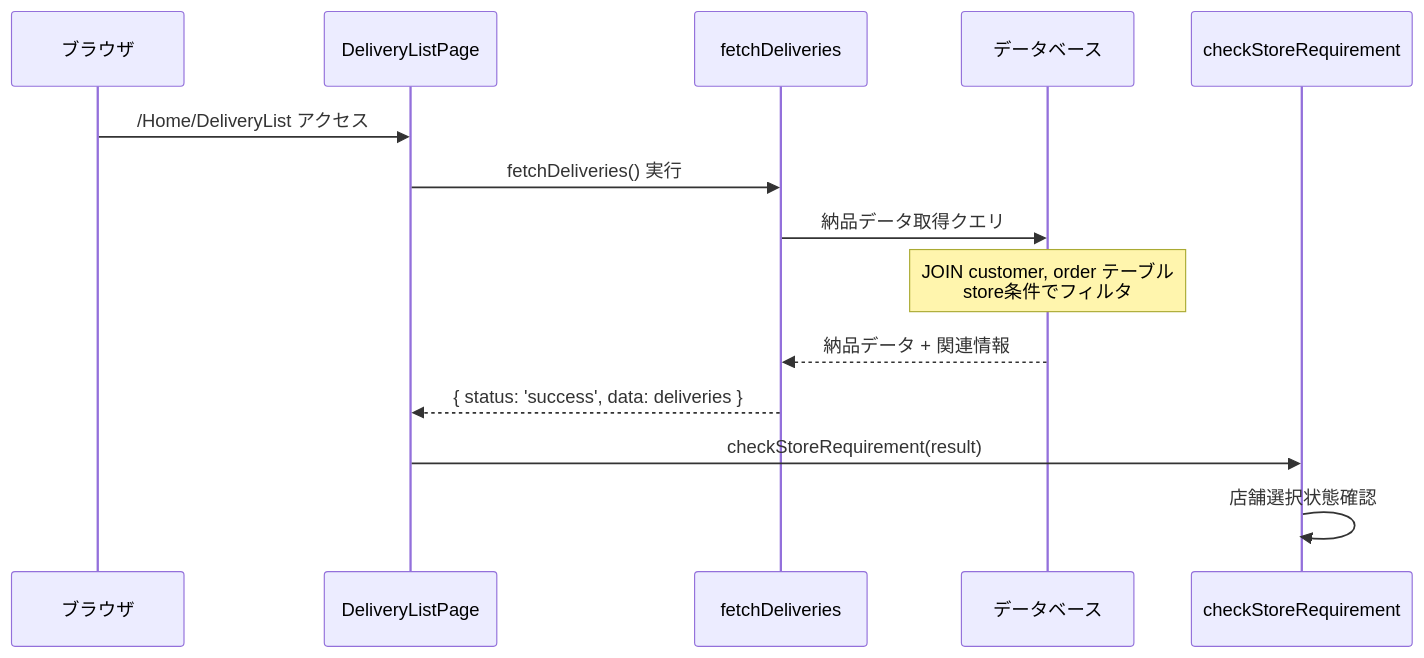
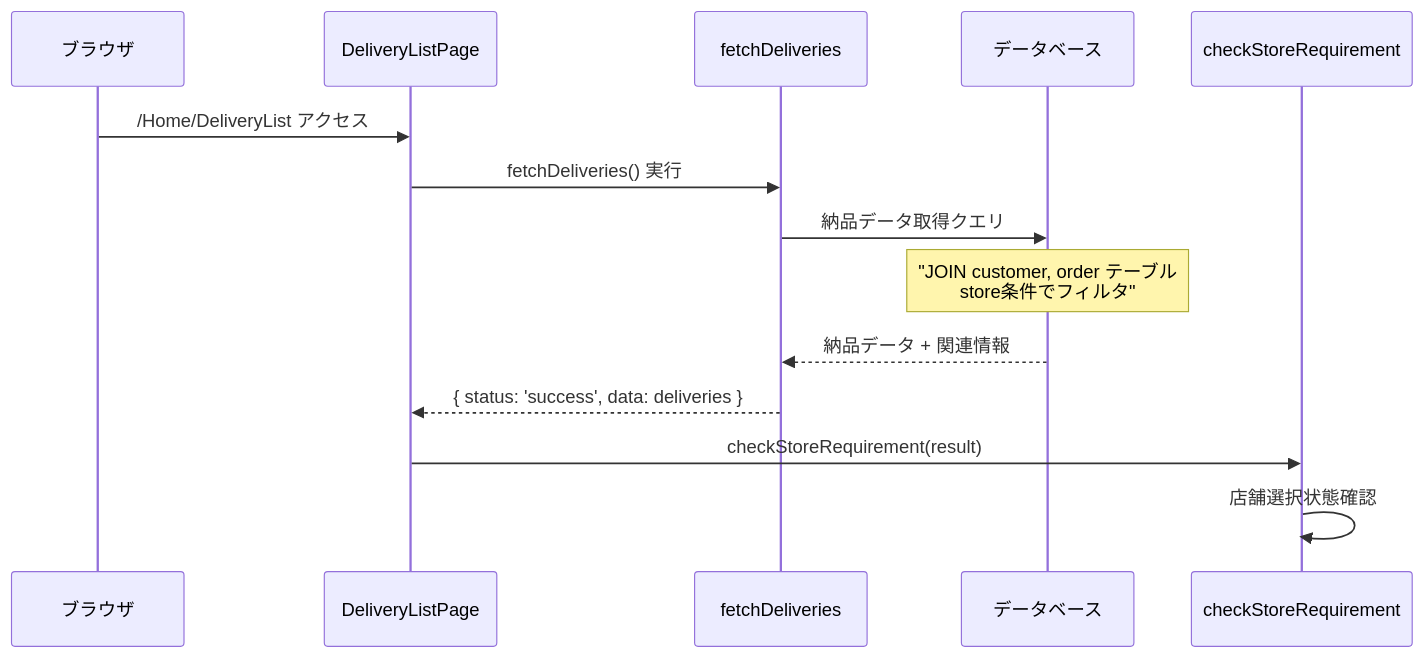
Before and after one commit to wasabi49/ocs-systemDevelopmentExercises: the first of 11 diagrams in document/pages/sequence/DeliveryList.md, drawn with Mermaid. The commit also changed other lines of this file and 42 other files, not shown here.

First line of the commit message:
fix: mermaidシーケンス図のNote over文でダブルクォーテーション不足を修正

````diff
--- a/document/pages/sequence/DeliveryList.md
+++ b/document/pages/sequence/DeliveryList.md
@@ -8,19 +8,19 @@
 ```mermaid
 sequenceDiagram
     participant Browser as ブラウザ
     participant Page as DeliveryListPage
     participant Actions as fetchDeliveries
     participant Database as データベース
     participant StoreCheck as checkStoreRequirement
 
     Browser->>Page: /Home/DeliveryList アクセス
     Page->>Actions: fetchDeliveries() 実行
     Actions->>Database: 納品データ取得クエリ
-    Note over Database: JOIN customer, order テーブル<br/>store条件でフィルタ
+    Note over Database: "JOIN customer, order テーブル<br/>store条件でフィルタ"
     
     Database-->>Actions: 納品データ + 関連情報
     Actions-->>Page: { status: 'success', data: deliveries }
     
     Page->>StoreCheck: checkStoreRequirement(result)
     StoreCheck->>StoreCheck: 店舗選択状態確認
 ```
````
